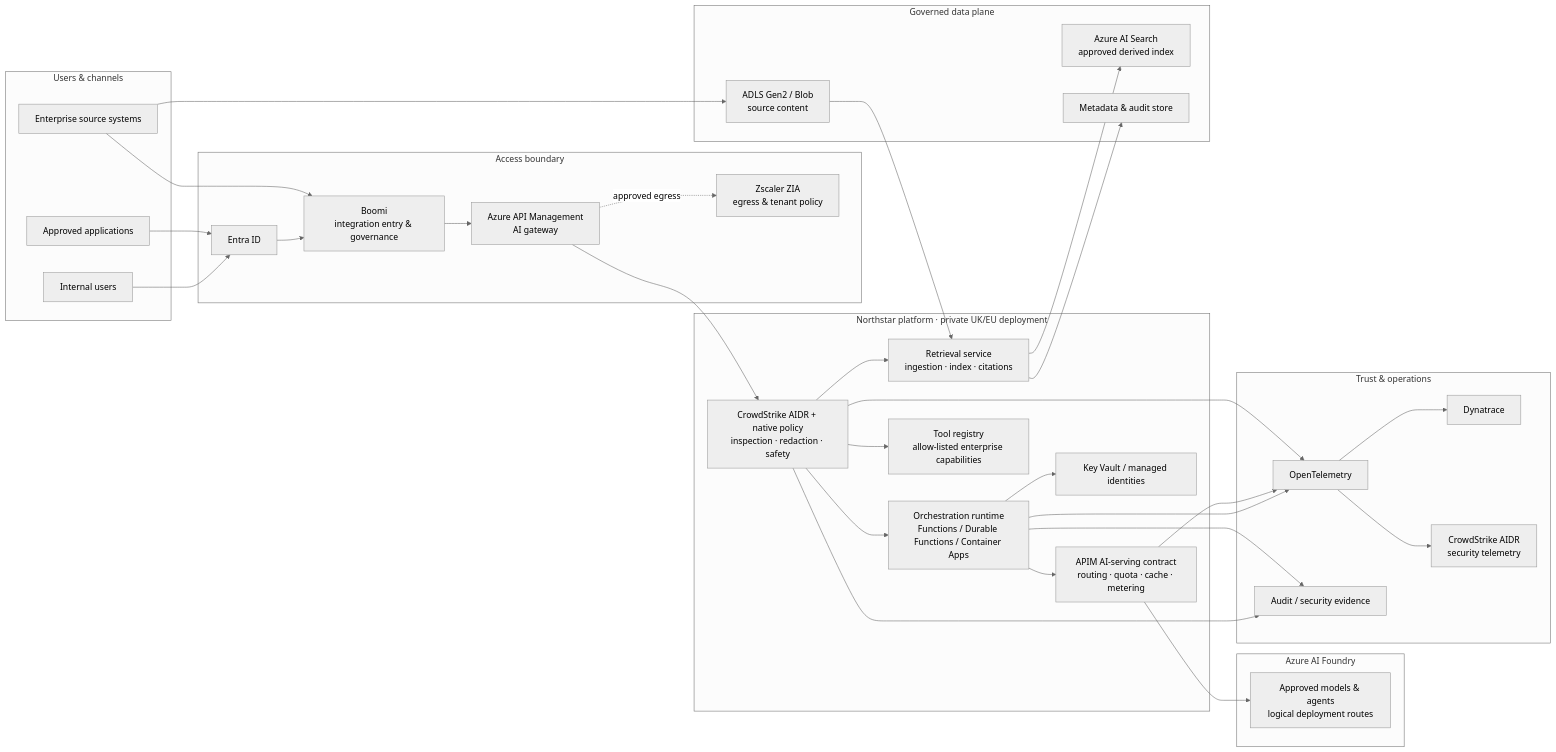
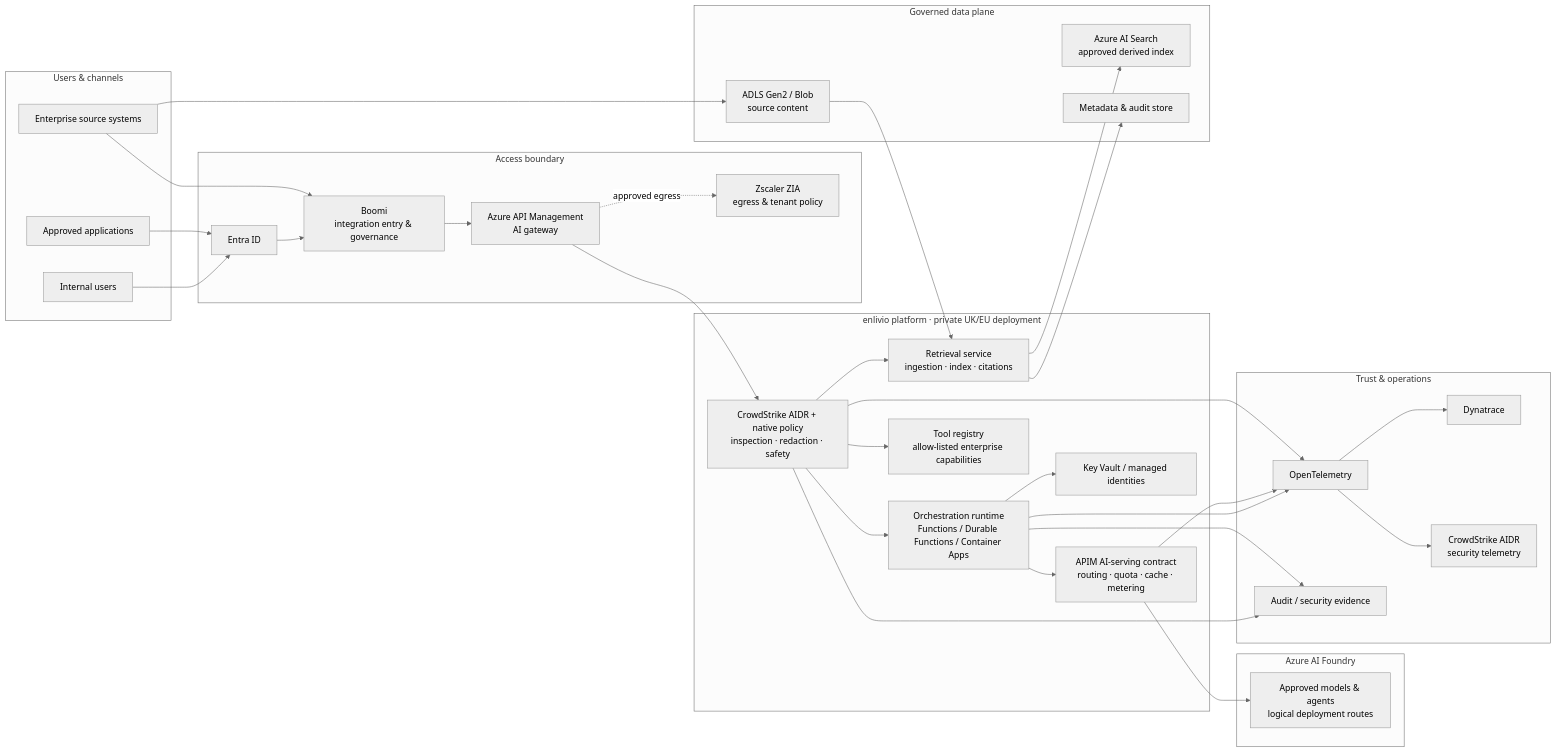
The diagram in docs/architecture/logical-architecture.mmd (evangoulden-emis/Azure-AI-Platform-Architecture_Gold), drawn with Mermaid (neutral theme) before and after one commit. The commit also changed 10 other files, not shown here.

Commit message:
Rename Northstar references to enlivio

```diff
--- a/docs/architecture/logical-architecture.mmd
+++ b/docs/architecture/logical-architecture.mmd
@@ -1,64 +1,64 @@
 flowchart LR
   subgraph Users["Users & channels"]
     U[Internal users]
     A[Approved applications]
     S[Enterprise source systems]
   end
 
   subgraph Edge["Access boundary"]
     E[Entra ID]
     BOOMI[Boomi\nintegration entry & governance]
     P[Azure API Management\nAI gateway]
     Z[Zscaler ZIA\negress & tenant policy]
   end
 
-  subgraph Platform["Northstar platform · private UK/EU deployment"]
+  subgraph Platform["enlivio platform · private UK/EU deployment"]
     O[Orchestration runtime\nFunctions / Durable Functions / Container Apps]
     G[CrowdStrike AIDR + native policy\ninspection · redaction · safety]
     M[APIM AI-serving contract\nrouting · quota · cache · metering]
     R[Retrieval service\ningestion · index · citations]
     T[Tool registry\nallow-listed enterprise capabilities]
     K[Key Vault / managed identities]
   end
 
   subgraph Data["Governed data plane"]
     B[ADLS Gen2 / Blob\nsource content]
     I[Azure AI Search\napproved derived index]
     D[Metadata & audit store]
   end
 
   subgraph Models["Azure AI Foundry"]
     L[Approved models & agents\nlogical deployment routes]
   end
 
   subgraph Ops["Trust & operations"]
     OT[OpenTelemetry]
     DY[Dynatrace]
     CF[CrowdStrike AIDR\nsecurity telemetry]
     AU[Audit / security evidence]
   end
 
   U --> E
   A --> E
   E --> BOOMI
   BOOMI --> P
   P --> G
   G --> O
   P -. approved egress .-> Z
   O --> M
   G --> R
   G --> T
   O --> K
   S --> BOOMI
   S --> B
   B --> R
   R --> I
   R --> D
   M --> L
   O --> OT
   M --> OT
   G --> OT
   OT --> DY
   OT --> CF
   G --> AU
   O --> AU
```
